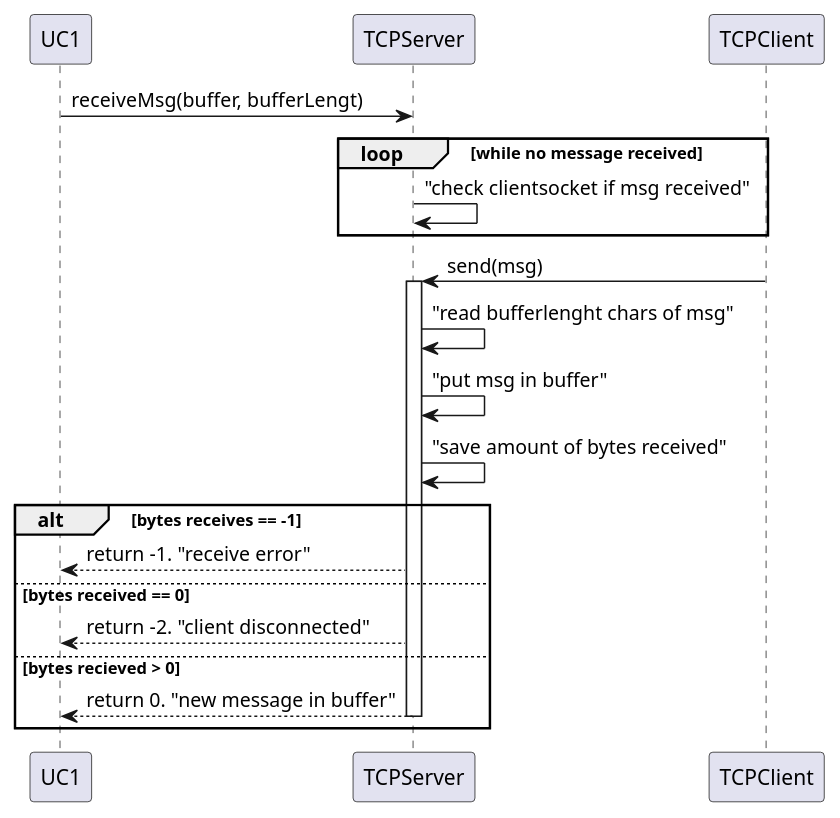
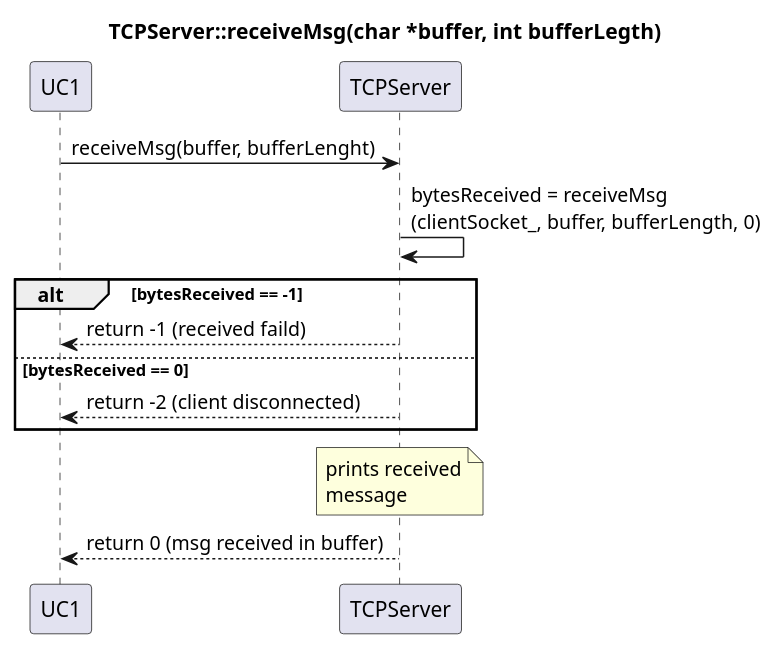
Before and after one commit to Solvgraa-mager/E3PRJ3: the diagram in Diagrammer/Robo_Sumo_Battle/Communication/Sekvensdiagrammer/TCP/TCPServer/TCPServer_receiveMsg.plantuml, drawn with PlantUML. The commit also changed 24 other files, not shown here.

```diff
--- a/Diagrammer/Robo_Sumo_Battle/Communication/Sekvensdiagrammer/TCP/TCPServer/TCPServer_receiveMsg.plantuml
+++ b/Diagrammer/Robo_Sumo_Battle/Communication/Sekvensdiagrammer/TCP/TCPServer/TCPServer_receiveMsg.plantuml
@@ -1,24 +1,16 @@
 @startuml
+title TCPServer::receiveMsg(char *buffer, int bufferLegth)
 participant UC1
 participant TCPServer
-participant TCPClient
 
-UC1 -> TCPServer : receiveMsg(buffer, bufferLengt)
-loop while no message received
-    TCPServer -> TCPServer : "check clientsocket if msg received"
+UC1 -> TCPServer : receiveMsg(buffer, bufferLenght)
+TCPServer ->  TCPServer : bytesReceived = receiveMsg\n(clientSocket_, buffer, bufferLength, 0)
+alt bytesReceived == -1
+    UC1 <-- TCPServer : return -1 (received faild)
+else bytesReceived == 0
+    UC1 <-- TCPServer : return -2 (client disconnected)
 end
-TCPServer <- TCPClient : send(msg)
-activate TCPServer
-TCPServer -> TCPServer :"read bufferlenght chars of msg"
-TCPServer -> TCPServer : "put msg in buffer"
-TCPServer -> TCPServer : "save amount of bytes received"
+note over TCPServer : prints received\nmessage
 
-alt bytes receives == -1
-    UC1 <-- TCPServer : return -1. "receive error"
-else bytes received == 0
-    UC1 <-- TCPServer : return -2. "client disconnected"
-else bytes recieved > 0
-    UC1 <-- TCPServer : return 0. "new message in buffer"
-    deactivate TCPServer
-end
+UC1 <-- TCPServer : return 0 (msg received in buffer)
 @enduml
```
